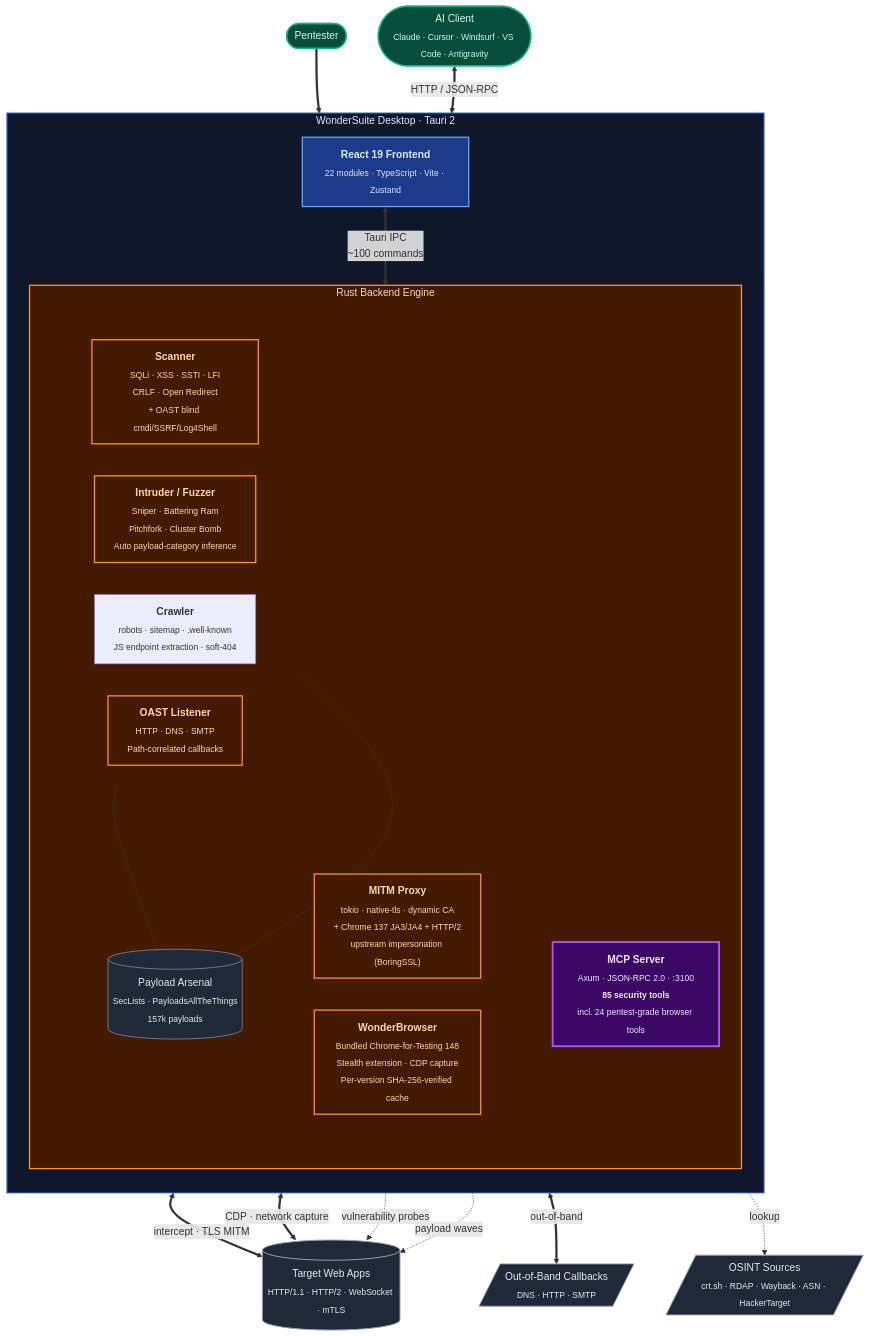
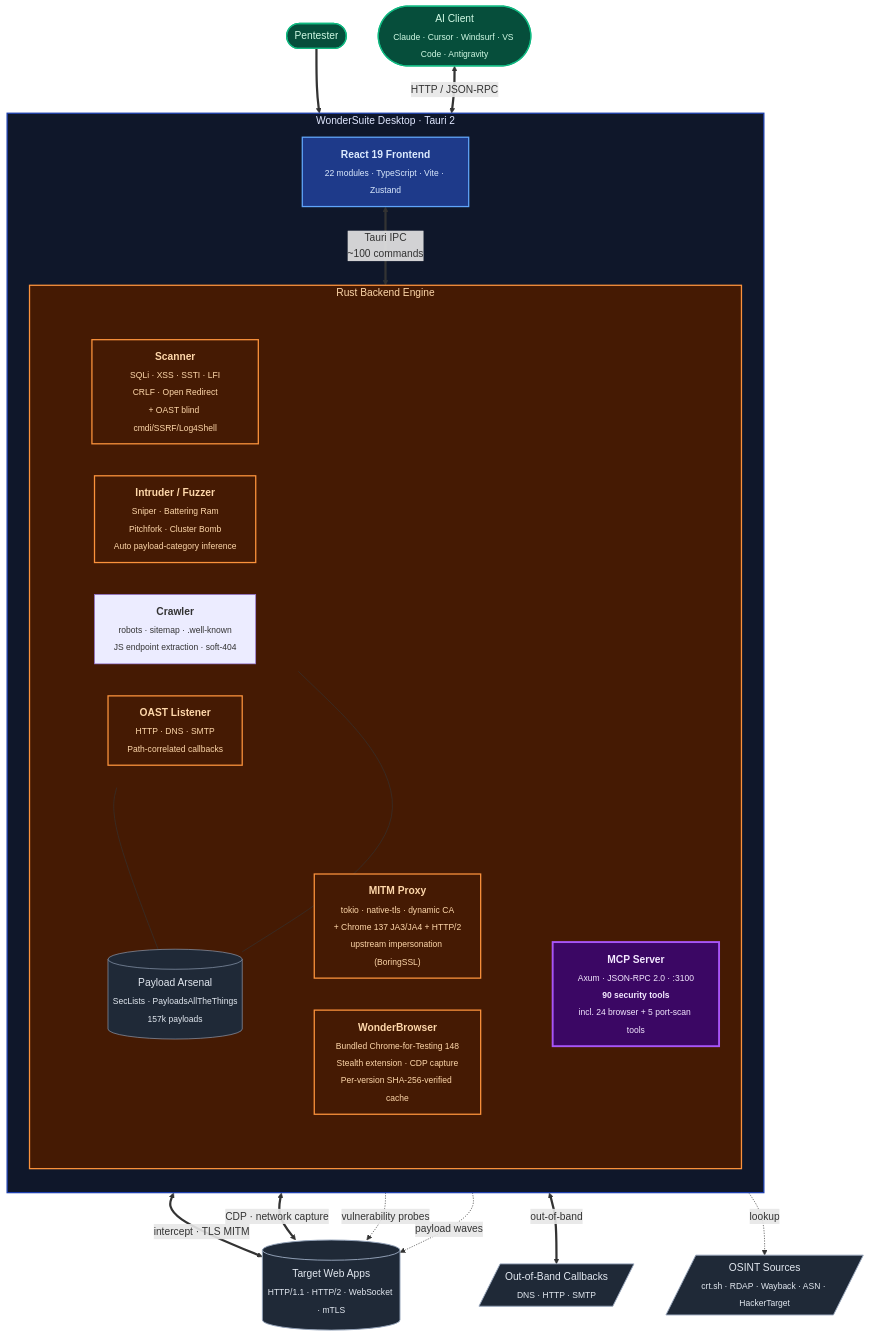
One commit to sfr-development/WonderSuite-Ai-Bug-Bounty changed the third of 3 diagrams in README.md. Above: the diagram before and after it, drawn with Mermaid. The commit also changed other lines of this file and 52 other files, not shown here.

````diff
--- a/README.md
+++ b/README.md
@@ -266,69 +336,69 @@
 ```mermaid
 flowchart TB
     pentester(["Pentester"])
     ai(["AI Client<br/><sub>Claude · Cursor · Windsurf · VS Code · Antigravity</sub>"])
 
     subgraph DT["WonderSuite Desktop · Tauri 2"]
         direction TB
 
         FE["<b>React 19 Frontend</b><br/><sub>22 modules · TypeScript · Vite · Zustand</sub>"]
 
         FE <==>|"Tauri IPC<br/>~100 commands"| BE
 
         subgraph BE["Rust Backend Engine"]
             direction TB
 
             subgraph CORE[" "]
                 direction LR
                 Proxy["<b>MITM Proxy</b><br/><sub>tokio · native-tls · dynamic CA<br/>+ Chrome 137 JA3/JA4 + HTTP/2<br/>upstream impersonation (BoringSSL)</sub>"]
                 Browser["<b>WonderBrowser</b><br/><sub>Bundled Chrome-for-Testing 148<br/>Stealth extension · CDP capture<br/>Per-version SHA-256-verified cache</sub>"]
             end
 
             subgraph TOOLS[" "]
                 direction LR
                 Scanner["<b>Scanner</b><br/><sub>SQLi · XSS · SSTI · LFI<br/>CRLF · Open Redirect<br/>+ OAST blind cmdi/SSRF/Log4Shell</sub>"]
                 Intruder["<b>Intruder / Fuzzer</b><br/><sub>Sniper · Battering Ram<br/>Pitchfork · Cluster Bomb<br/>Auto payload-category inference</sub>"]
                 Crawler["<b>Crawler</b><br/><sub>robots · sitemap · .well-known<br/>JS endpoint extraction · soft-404</sub>"]
                 OAST["<b>OAST Listener</b><br/><sub>HTTP · DNS · SMTP<br/>Path-correlated callbacks</sub>"]
             end
 
-            MCP["<b>MCP Server</b><br/><sub>Axum · JSON-RPC 2.0 · :3100<br/><b>85 security tools</b><br/>incl. 24 pentest-grade browser tools</sub>"]
+            MCP["<b>MCP Server</b><br/><sub>Axum · JSON-RPC 2.0 · :3100<br/><b>90 security tools</b><br/>incl. 24 browser + 5 port-scan tools</sub>"]
 
             Payloads[("Payload Arsenal<br/><sub>SecLists · PayloadsAllTheThings<br/>157k payloads</sub>")]
         end
     end
 
     target[("Target Web Apps<br/><sub>HTTP/1.1 · HTTP/2 · WebSocket · mTLS</sub>")]
     osint[/"OSINT Sources<br/><sub>crt.sh · RDAP · Wayback · ASN · HackerTarget</sub>"/]
     callbacks[/"Out-of-Band Callbacks<br/><sub>DNS · HTTP · SMTP</sub>"/]
 
     pentester ==> FE
     ai <==>|"HTTP / JSON-RPC"| MCP
 
     Proxy <==>|"intercept · TLS MITM"| target
     Browser <==>|"CDP · network capture"| target
     Scanner -.->|"vulnerability probes"| target
     Intruder -.->|"payload waves"| target
     OAST <==>|"out-of-band"| callbacks
     MCP -.->|"lookup"| osint
     Scanner --- Payloads
     Intruder --- Payloads
 
     classDef person fill:#064e3b,stroke:#10b981,stroke-width:2px,color:#d1fae5
     classDef desktop fill:#0f172a,stroke:#1e40af,stroke-width:2px,color:#e0e7ff
     classDef frontend fill:#1e3a8a,stroke:#60a5fa,stroke-width:2px,color:#dbeafe
     classDef engine fill:#451a03,stroke:#fb923c,stroke-width:2px,color:#fed7aa
     classDef mcp fill:#3b0764,stroke:#a855f7,stroke-width:3px,color:#f3e8ff
     classDef payload fill:#1f2937,stroke:#94a3b8,stroke-width:1px,color:#e2e8f0
     classDef external fill:#1f2937,stroke:#94a3b8,stroke-width:1.5px,color:#e2e8f0
     classDef hidden fill:transparent,stroke:transparent
 
     class pentester,ai person
     class DT desktop
     class FE frontend
     class BE,Proxy,Browser,Scanner,Intruder,OAST engine
     class MCP mcp
     class Payloads payload
     class target,osint,callbacks external
     class CORE,TOOLS hidden
 ```
````
